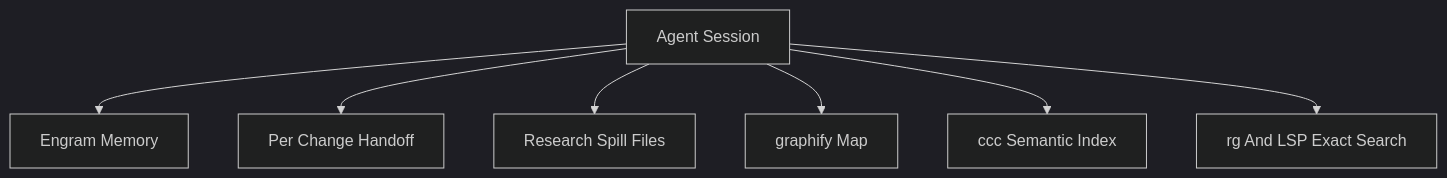
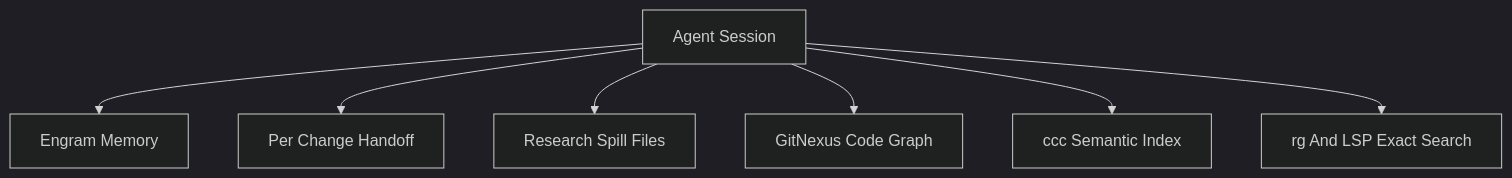
The first of 2 diagrams in docs/06-memory-and-indexing.md (devopstales/aiskillgrid), drawn with Mermaid (dark theme) before and after one commit. The commit also changed other lines of this file and 155 other files, not shown here.

````diff
--- a/docs/06-memory-and-indexing.md
+++ b/docs/06-memory-and-indexing.md
@@ -9,9 +9,9 @@
 ```mermaid
 flowchart TD
   Session[Agent Session] --> Engram[Engram Memory]
   Session --> Handoff[Per Change Handoff]
   Session --> Research[Research Spill Files]
-  Session --> Graphify[graphify Map]
+  Session --> GitNexus[GitNexus Code Graph]
   Session --> CCC[ccc Semantic Index]
   Session --> Exact[rg And LSP Exact Search]
 ```
````
